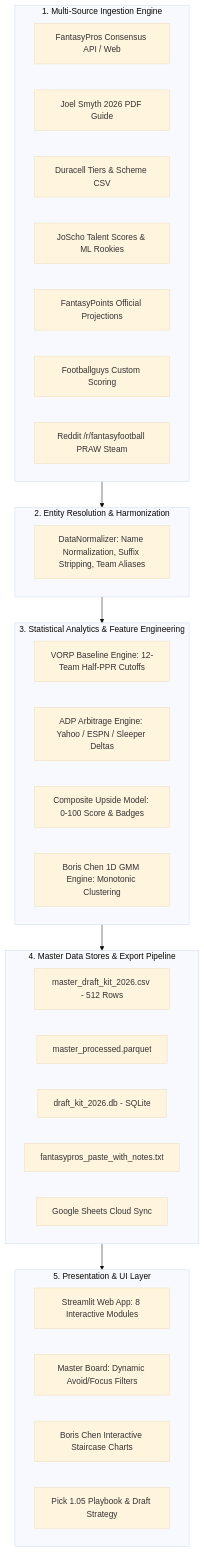
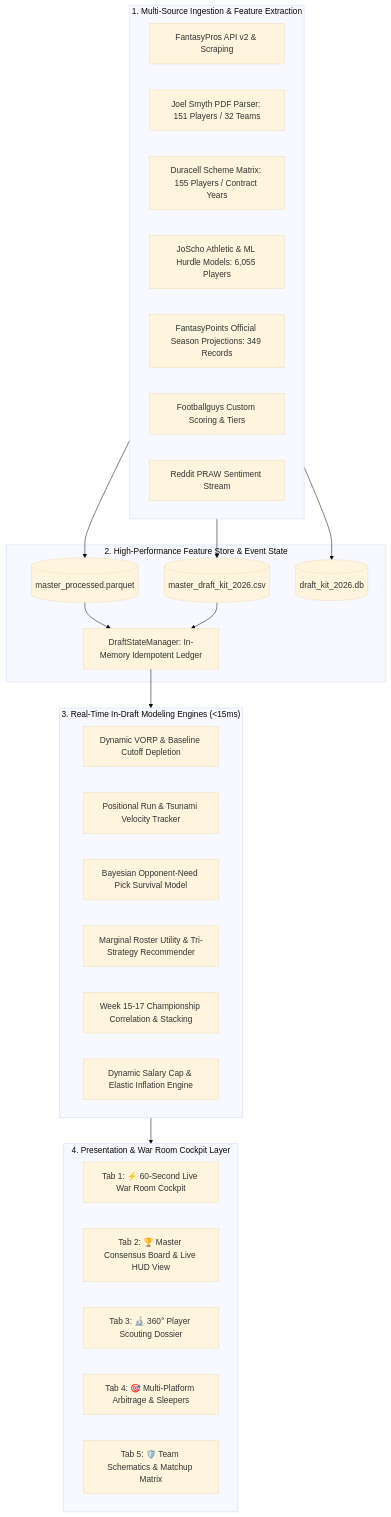
Before and after one commit to geoffreyrg/fantasy-draft-kit-2026: the diagram in docs/SYSTEM_DESIGN_DOCUMENT_2026.md, drawn with Mermaid (base theme). The commit also changed other lines of this file and 8 other files, not shown here.

Commit message:
Integrate Bayesian survival model, auction inflation engine, positional run alerts, and updated system design doc

````diff
--- a/docs/SYSTEM_DESIGN_DOCUMENT_2026.md
+++ b/docs/SYSTEM_DESIGN_DOCUMENT_2026.md
@@ -26,43 +13,41 @@
 ```mermaid
-graph TD
-    subgraph Ingestion["1. Multi-Source Ingestion Engine"]
-        FP[FantasyPros Consensus API / Web]
-        SMYTH[Joel Smyth 2026 PDF Guide]
-        DUR[Duracell Tiers & Scheme CSV]
-        JOSCHO[JoScho Talent Scores & ML Rookies]
-        FP_PROJ[FantasyPoints Official Projections]
-        FBG[Footballguys Custom Scoring]
-        REDDIT[Reddit /r/fantasyfootball PRAW Steam]
+flowchart TB
+    subgraph Ingestion["1. Multi-Source Ingestion & Feature Extraction"]
+        FP[FantasyPros API v2 & Scraping]
+        SMYTH[Joel Smyth PDF Parser: 151 Players / 32 Teams]
+        DUR[Duracell Scheme Matrix: 155 Players / Contract Years]
+        JOSCHO[JoScho Athletic & ML Hurdle Models: 6,055 Players]
+        FPTS[FantasyPoints Official Season Projections: 349 Records]
+        FBG[Footballguys Custom Scoring & Tiers]
+        REDDIT[Reddit PRAW Sentiment Stream]
     end
 
-    subgraph Normalization["2. Entity Resolution & Harmonization"]
-        NORM[DataNormalizer: Name Normalization, Suffix Stripping, Team Aliases]
+    subgraph DataStore["2. High-Performance Feature Store & Event State"]
+        PARQ[(master_processed.parquet)]
+        CSV[(master_draft_kit_2026.csv)]
+        SQL[(draft_kit_2026.db)]
+        STATE[DraftStateManager: In-Memory Idempotent Ledger]
     end
 
-    subgraph Modeling["3. Statistical Analytics & Feature Engineering"]
-        VORP[VORP Baseline Engine: 12-Team Half-PPR Cutoffs]
-        ARB[ADP Arbitrage Engine: Yahoo / ESPN / Sleeper Deltas]
-        COMP[Composite Upside Model: 0-100 Score & Badges]
-        GMM[Boris Chen 1D GMM Engine: Monotonic Clustering]
+    subgraph Engines["3. Real-Time In-Draft Modeling Engines (<15ms)"]
+        DVORP[Dynamic VORP & Baseline Cutoff Depletion]
+        RUNS[Positional Run & Tsunami Velocity Tracker]
+        SURV[Bayesian Opponent-Need Pick Survival Model]
+        MRU[Marginal Roster Utility & Tri-Strategy Recommender]
+        CORR[Week 15-17 Championship Correlation & Stacking]
+        AUC[Dynamic Salary Cap & Elastic Inflation Engine]
     end
 
-    subgraph Storage["4. Master Data Stores & Export Pipeline"]
-        CSV[master_draft_kit_2026.csv - 512 Rows]
-        PARQ[master_processed.parquet]
-        SQL[draft_kit_2026.db - SQLite]
-        FP_TXT[fantasypros_paste_with_notes.txt]
-        GSYNC[Google Sheets Cloud Sync]
+    subgraph Presentation["4. Presentation & War Room Cockpit Layer"]
+        HUD[Tab 1: ⚡ 60-Second Live War Room Cockpit]
+        BOARD[Tab 2: 🏆 Master Consensus Board & Live HUD View]
+        DOSSIER[Tab 3: 🔬 360° Player Scouting Dossier]
+        ARB[Tab 4: 🎯 Multi-Platform Arbitrage & Sleepers]
+        SCHEMES[Tab 5: 🛡️ Team Schematics & Matchup Matrix]
     end
 
-    subgraph Presentation["5. Presentation & UI Layer"]
-        ST_APP[Streamlit Web App: 8 Interactive Modules]
-        ST_BOARD[Master Board: Dynamic Avoid/Focus Filters]
-        ST_GMM[Boris Chen Interactive Staircase Charts]
-        ST_STRAT[Pick 1.05 Playbook & Draft Strategy]
-    end
-
-    Ingestion --> Normalization
-    Normalization --> Modeling
-    Modeling --> Storage
-    Storage --> Presentation
+    Ingestion --> PARQ & CSV & SQL
+    PARQ & CSV --> STATE
+    STATE --> Engines
+    Engines --> Presentation
 ```
````
